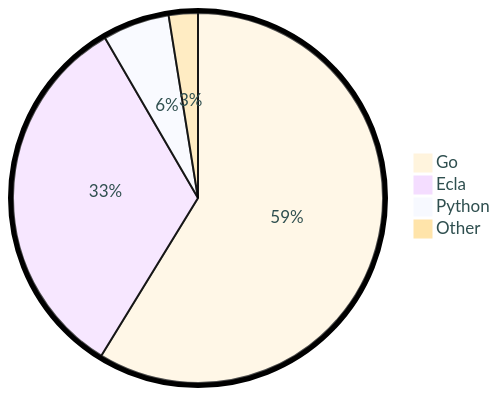
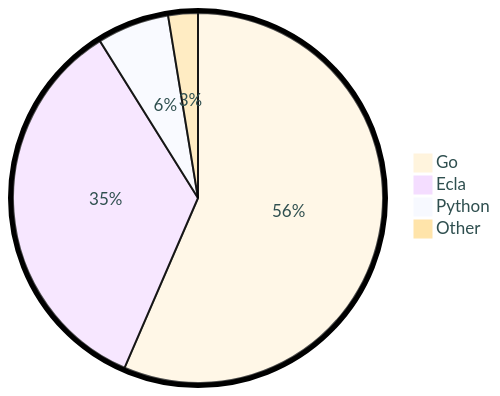
The diagram in README.md (tot0p/tot0p), drawn with Mermaid before and after one commit. The commit also changed other lines of this file, not shown here.

````diff
--- a/README.md
+++ b/README.md
@@ -76,8 +79,8 @@
 ```mermaid
 %%{init: {"pie": {"textPosition": 0.5}, "themeVariables": {"pieOuterStrokeWidth": "5px","primaryTextColor" : "#2F4F4F"},"theme":"base"} }%%
 pie
-	"Go": 58.76
-	"Ecla": 32.87
-	"Python": 5.84
-	"Other": 2.54
+	"Go": 56.51
+	"Ecla": 34.62
+	"Python": 6.3
+	"Other": 2.59
 ```
````
